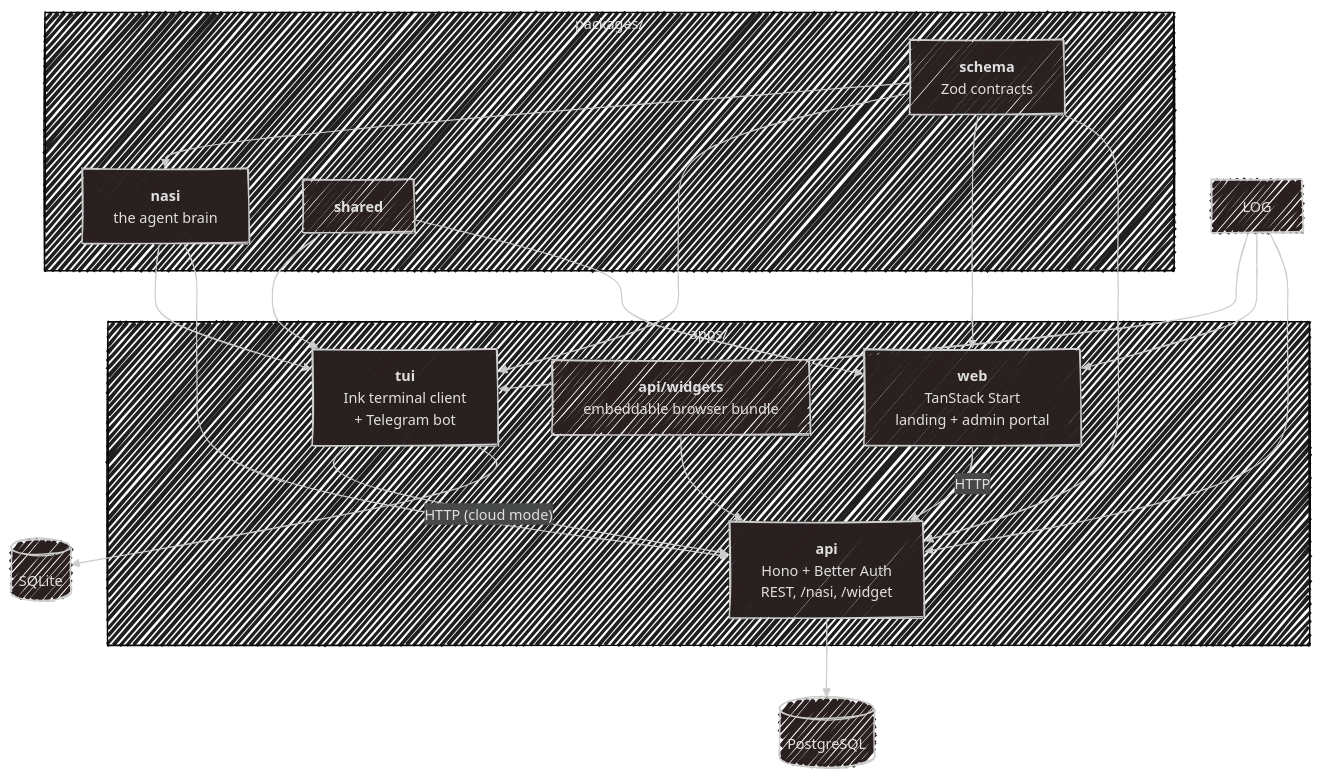
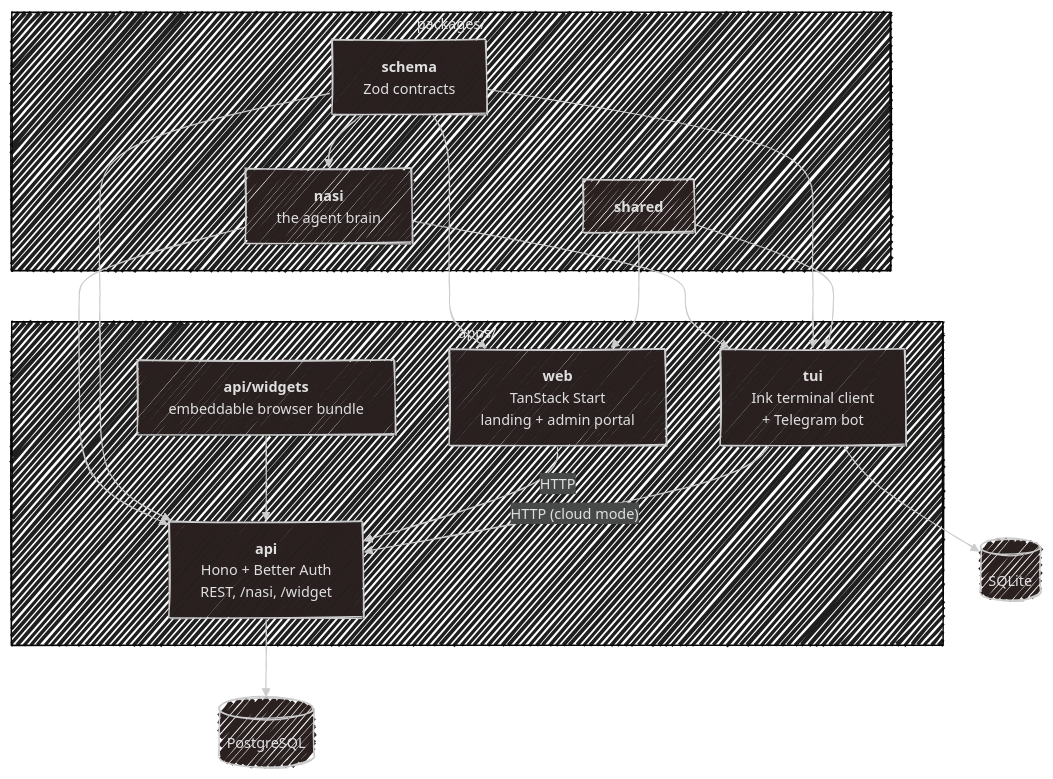
One commit to SubZtep/kaja changed the diagram in docs/development.md. Above: the diagram before and after it, drawn with Mermaid.

Commit message:
docs: drop the logger edges from the architecture diagram

````diff
--- a/docs/development.md
+++ b/docs/development.md
@@ -14,38 +14,35 @@
 ```mermaid
 ---
 config:
   look: handDrawn
   theme: neo-dark
 ---
 flowchart TD
     subgraph Apps["apps/"]
         API["<b>api</b><br>Hono + Better Auth<br>REST, /nasi, /widget"]
         WEB["<b>web</b><br>TanStack Start<br>landing + admin portal"]
         TUI["<b>tui</b><br>Ink terminal client<br>+ Telegram bot"]
         WID["<b>api/widgets</b><br>embeddable browser bundle"]
     end
     subgraph Pkgs["packages/"]
         NASI["<b>nasi</b><br>the agent brain"]
         SCH["<b>schema</b><br>Zod contracts"]
         SHR["<b>shared</b>"]
     end
     DB[("PostgreSQL")]
     SQL[("SQLite")]
 
     NASI --> API
     NASI --> TUI
     SCH --> API
     SCH --> WEB
     SCH --> TUI
     SCH --> NASI
-    LOG --> API
-    LOG --> WEB
-    LOG --> TUI
     SHR --> WEB
     SHR --> TUI
     WID --> API
     API --> DB
     TUI --> SQL
     WEB -->|HTTP| API
     TUI -->|"HTTP (cloud mode)"| API
 ```
````
